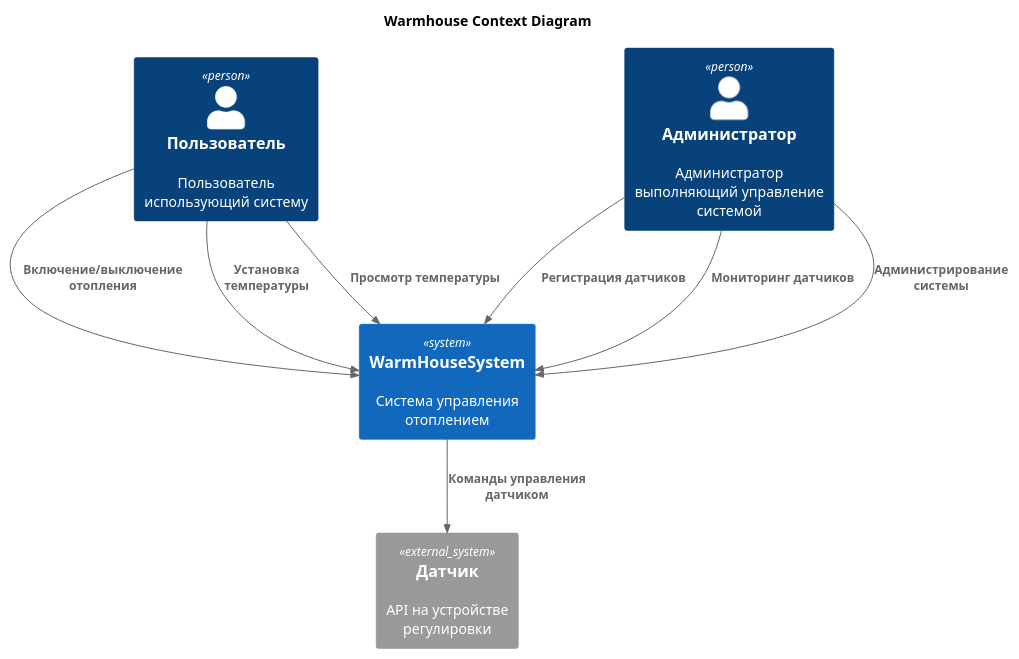
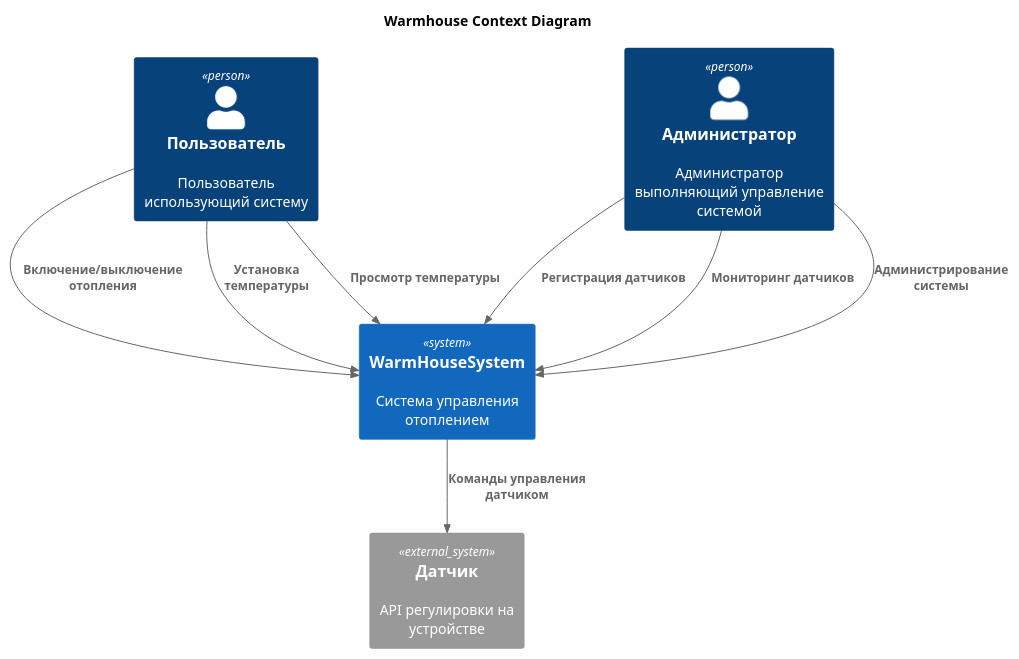
Before and after one commit to MasterKhajiit/architecture-warmhouse-1: the diagram in README.md, drawn with PlantUML. The commit also changed 1 other file, not shown here.

````diff
--- a/README.md
+++ b/README.md
@@ -45,24 +45,24 @@
 ```plantuml
 @startuml
 title Warmhouse Context Diagram
 
 !include https://raw.githubusercontent.com/plantuml-stdlib/C4-PlantUML/master/C4_Context.puml
 
 Person(user, "Пользователь", "Пользователь использующий систему")
 Person(admin, "Администратор", "Администратор выполняющий управление системой")
 System(WarmHouseSystem, "WarmHouseSystem", "Система управления отоплением")
 
-System_Ext(sensor, "Датчик", "API на устройстве регулировки")
+System_Ext(sensor, "Датчик", "API регулировки на устройстве")
 
 Rel(user, WarmHouseSystem, "Включение/выключение отопления")
 Rel(user, WarmHouseSystem, "Установка температуры")
 Rel(user, WarmHouseSystem, "Просмотр температуры")
 Rel(admin, WarmHouseSystem, "Регистрация датчиков")
 
 Rel(admin, WarmHouseSystem, "Мониторинг датчиков")
 Rel(admin, WarmHouseSystem, "Администрирование системы")
 
 Rel(WarmHouseSystem, sensor, "Команды управления датчиком")
 
 @enduml
 ```
````
